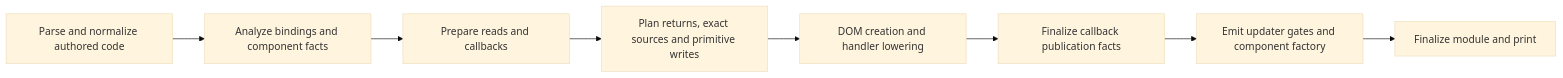
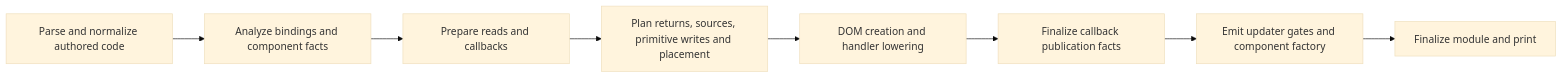
Before and after one commit to snrraptopack/memo-exp: the diagram in docs/compiler-architecture.md, drawn with Mermaid (base theme). The commit also changed other lines of this file and 11 other files, not shown here.

Commit message:
refactor(compiler): plan component placement and route reads before emission

````diff
--- a/docs/compiler-architecture.md
+++ b/docs/compiler-architecture.md
@@ -17,10 +17,10 @@
 ```mermaid
 flowchart LR
   A[Parse and normalize authored code] --> B[Analyze bindings and component facts]
   B --> C[Prepare reads and callbacks]
-  C --> D[Plan returns, exact sources and primitive writes]
+  C --> D[Plan returns, sources, primitive writes and placement]
   D --> E[DOM creation and handler lowering]
   E --> P[Finalize callback publication facts]
   P --> U[Emit updater gates and component factory]
   U --> F[Finalize module and print]
 ```
````
